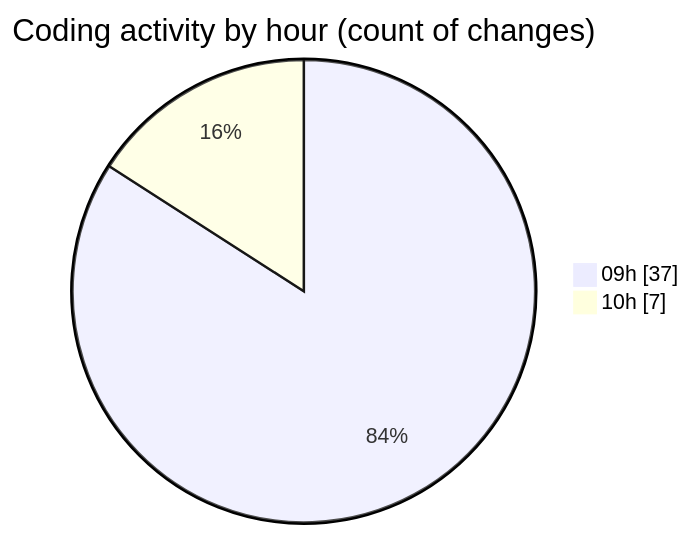
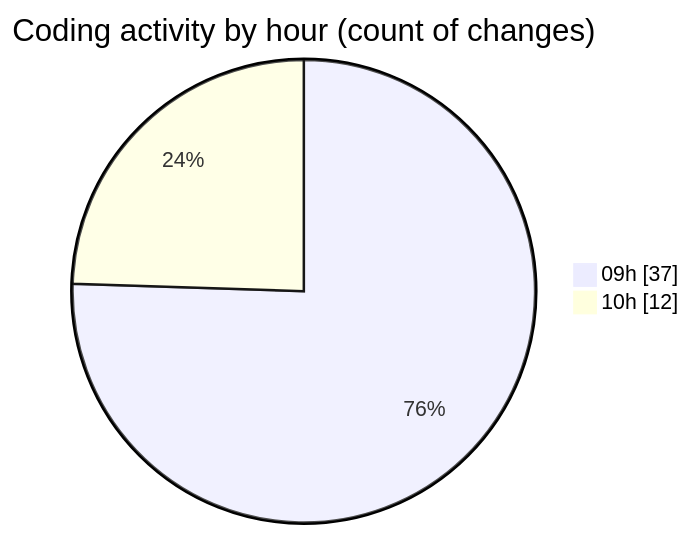
One commit to momahboobian/code-tracking changed the second of 2 diagrams in 2025-02-12/cda/README.md. Above: the diagram before and after it, drawn with Mermaid. The commit also changed other lines of this file and 1 other file, not shown here.

````diff
--- a/2025-02-12/cda/README.md
+++ b/2025-02-12/cda/README.md
@@ -29,6 +29,6 @@
 ```mermaid
 pie showData
 title Coding activity by hour (count of changes)
 "09h" : 37
-"10h" : 7
+"10h" : 12
 ```
````
